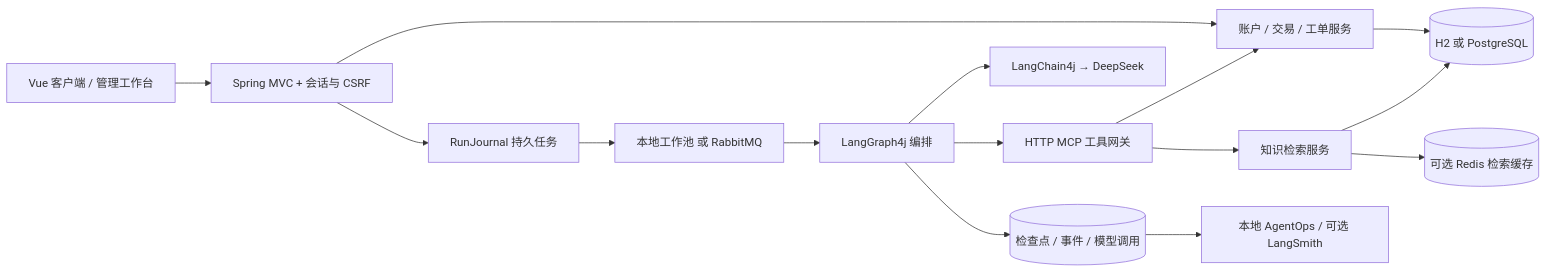
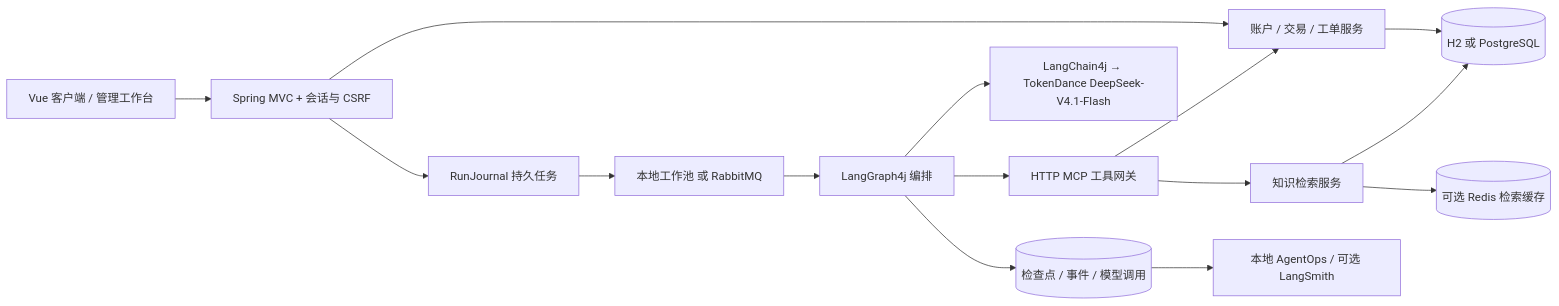
The diagram in docs/03-架构与数据模型.md (3911425/smartserve), drawn with Mermaid before and after one commit. The commit also changed other lines of this file and 14 other files, not shown here.

````diff
--- a/docs/03-架构与数据模型.md
+++ b/docs/03-架构与数据模型.md
@@ -5,17 +5,17 @@
 ```mermaid
 flowchart LR
   UI[Vue 客户端 / 管理工作台] --> API[Spring MVC + 会话与 CSRF]
   API --> BIZ[账户 / 交易 / 工单服务]
   BIZ --> DB[(H2 或 PostgreSQL)]
   API --> RUN[RunJournal 持久任务]
   RUN --> QUEUE[本地工作池 或 RabbitMQ]
   QUEUE --> GRAPH[LangGraph4j 编排]
-  GRAPH --> LLM[LangChain4j → DeepSeek]
+  GRAPH --> LLM[LangChain4j → TokenDance DeepSeek-V4.1-Flash]
   GRAPH --> MCP[HTTP MCP 工具网关]
   MCP --> BIZ
   MCP --> RAG[知识检索服务]
   RAG --> DB
   RAG --> REDIS[(可选 Redis 检索缓存)]
   GRAPH --> CP[(检查点 / 事件 / 模型调用)]
   CP --> OPS[本地 AgentOps / 可选 LangSmith]
 ```
````
